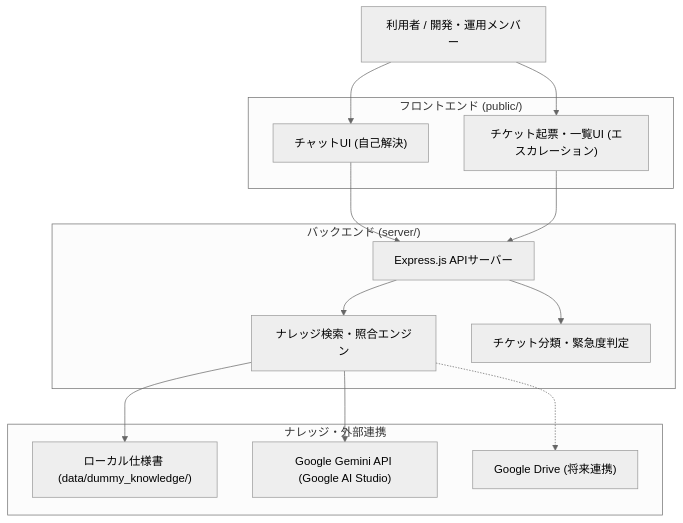
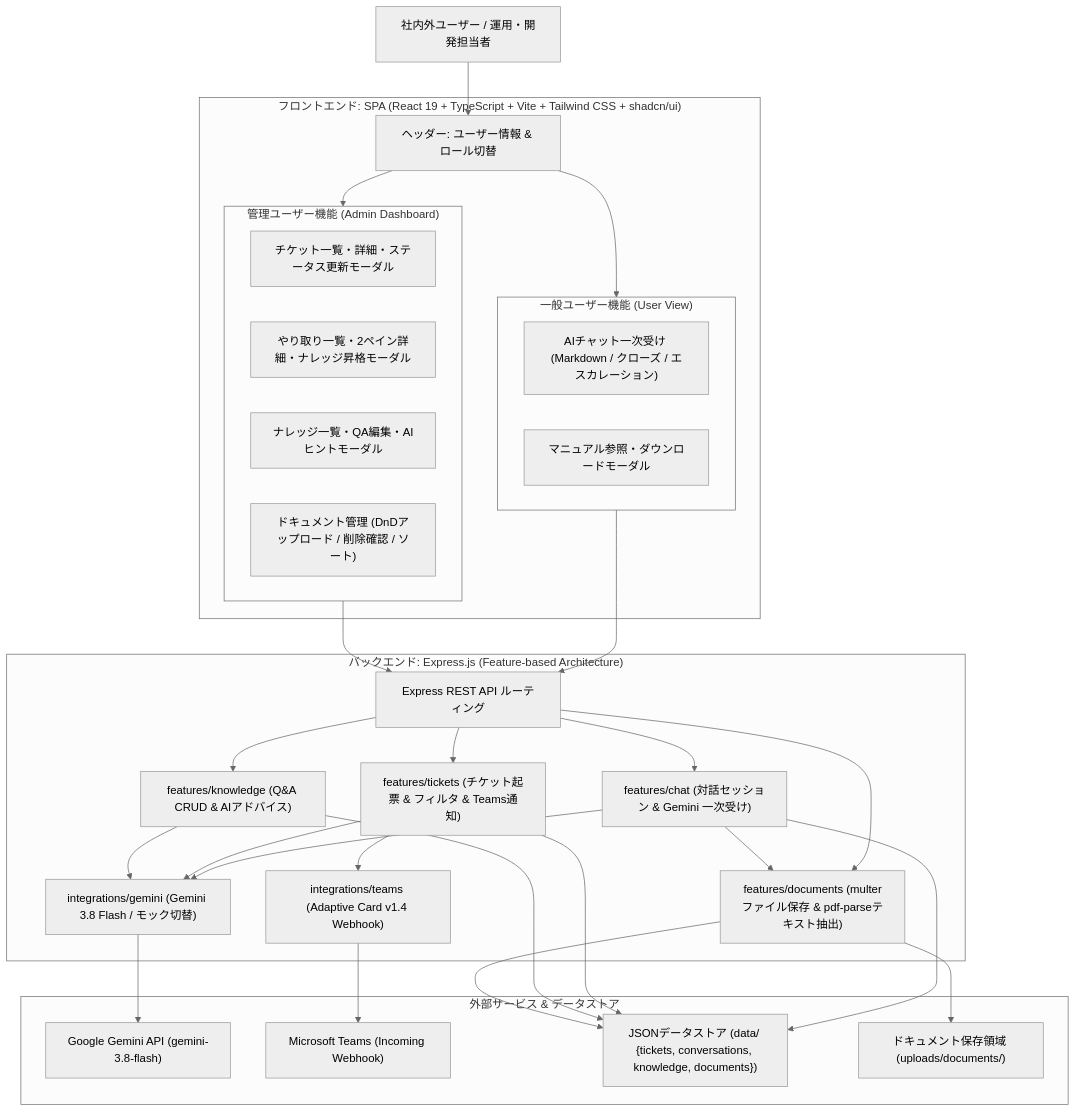
Before and after one commit to a-tsuboi-cyber/poc-prism-inquiry: the diagram in docs/environment_definition.md, drawn with Mermaid (neutral theme). The commit also changed other lines of this file and 10 other files, not shown here.

````diff
--- a/docs/environment_definition.md
+++ b/docs/environment_definition.md
@@ -9,31 +18,63 @@
 ```mermaid
 flowchart TD
-    User["利用者 / 開発・運用メンバー"]
-    
-    subgraph Frontend ["フロントエンド (public/)"]
-        ChatUI["チャットUI (自己解決)"]
-        TicketUI["チケット起票・一覧UI (エスカレーション)"]
-    end
-    
-    subgraph Backend ["バックエンド (server/)"]
-        Express["Express.js APIサーバー"]
-        KnowledgeEngine["ナレッジ検索・照合エンジン"]
-        TicketEngine["チケット分類・緊急度判定"]
-    end
-    
-    subgraph KnowledgeBase ["ナレッジ・外部連携"]
-        DummyData["ローカル仕様書 (data/dummy_knowledge/)"]
-        GeminiAPI["Google Gemini API (Google AI Studio)"]
-        GDrive["Google Drive (将来連携)"]
+    User["社内外ユーザー / 運用・開発担当者"]
+
+    subgraph Frontend ["フロントエンド: SPA (React 19 + TypeScript + Vite + Tailwind CSS + shadcn/ui)"]
+        UserNav["ヘッダー: ユーザー情報 & ロール切替"]
+        subgraph UserViews ["一般ユーザー機能 (User View)"]
+            ChatUI["AIチャット一次受け (Markdown / クローズ / エスカレーション)"]
+            ManualModal["マニュアル参照・ダウンロードモーダル"]
+        end
+        subgraph AdminViews ["管理ユーザー機能 (Admin Dashboard)"]
+            TicketTab["チケット一覧・詳細・ステータス更新モーダル"]
+            ConversationTab["やり取り一覧・2ペイン詳細・ナレッジ昇格モーダル"]
+            KnowledgeTab["ナレッジ一覧・QA編集・AIヒントモーダル"]
+            DocumentTab["ドキュメント管理 (DnDアップロード / 削除確認 / ソート)"]
+        end
     end
 
-    User --> ChatUI
-    User --> TicketUI
-    ChatUI --> Express
-    TicketUI --> Express
-    Express --> KnowledgeEngine
-    Express --> TicketEngine
-    KnowledgeEngine --> DummyData
-    KnowledgeEngine -.-> GDrive
-    KnowledgeEngine --> GeminiAPI
+    subgraph Backend ["バックエンド: Express.js (Feature-based Architecture)"]
+        Router["Express REST API ルーティング"]
+        ChatFeature["features/chat (対話セッション & Gemini 一次受け)"]
+        TicketFeature["features/tickets (チケット起票 & フィルタ & Teams通知)"]
+        KnowledgeFeature["features/knowledge (Q&A CRUD & AIアドバイス)"]
+        DocFeature["features/documents (multerファイル保存 & pdf-parseテキスト抽出)"]
+        
+        GeminiInteg["integrations/gemini (Gemini 3.8 Flash / モック切替)"]
+        TeamsInteg["integrations/teams (Adaptive Card v1.4 Webhook)"]
+    end
+
+    subgraph ExternalServices ["外部サービス & データストア"]
+        GeminiAPI["Google Gemini API (gemini-3.8-flash)"]
+        TeamsWebhook["Microsoft Teams (Incoming Webhook)"]
+        DataStore["JSONデータストア (data/ {tickets, conversations, knowledge, documents})"]
+        UploadStore["ドキュメント保存領域 (uploads/documents/)"]
+    end
+
+    User --> UserNav
+    UserNav --> UserViews
+    UserNav --> AdminViews
+    
+    UserViews --> Router
+    AdminViews --> Router
+
+    Router --> ChatFeature
+    Router --> TicketFeature
+    Router --> KnowledgeFeature
+    Router --> DocFeature
+
+    ChatFeature --> GeminiInteg
+    ChatFeature --> DocFeature
+    TicketFeature --> GeminiInteg
+    TicketFeature --> TeamsInteg
+    KnowledgeFeature --> GeminiInteg
+
+    GeminiInteg --> GeminiAPI
+    TeamsInteg --> TeamsWebhook
+    
+    ChatFeature --> DataStore
+    TicketFeature --> DataStore
+    KnowledgeFeature --> DataStore
+    DocFeature --> DataStore
+    DocFeature --> UploadStore
 ```
````
